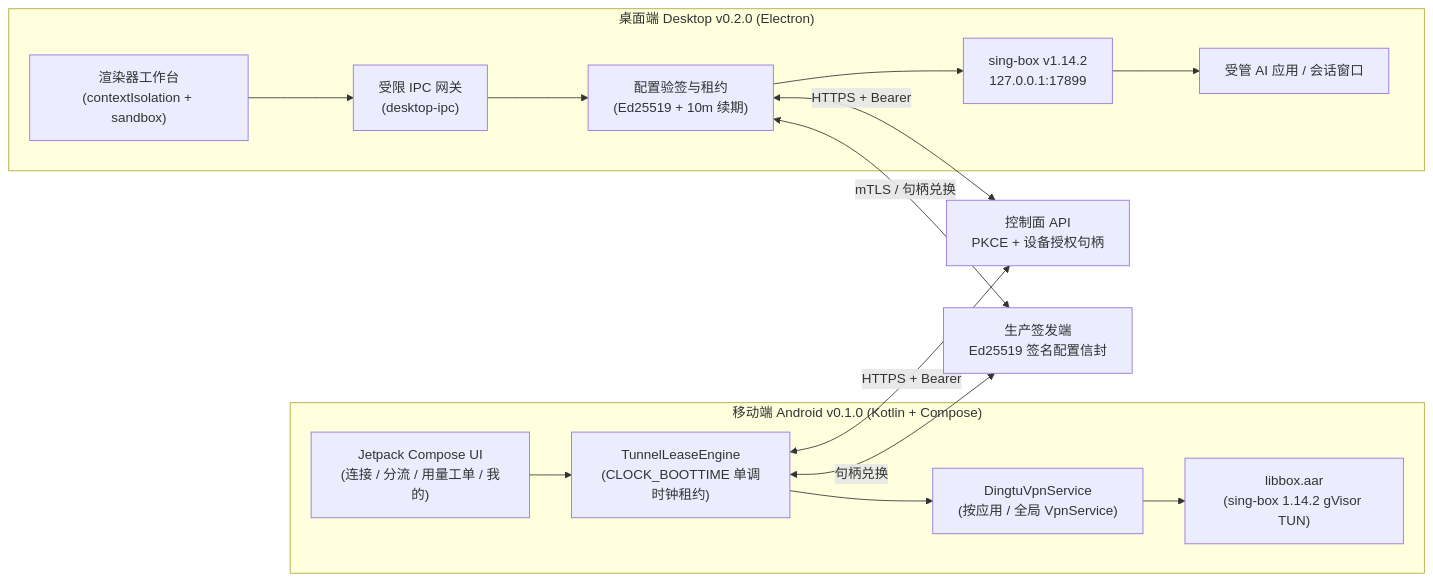
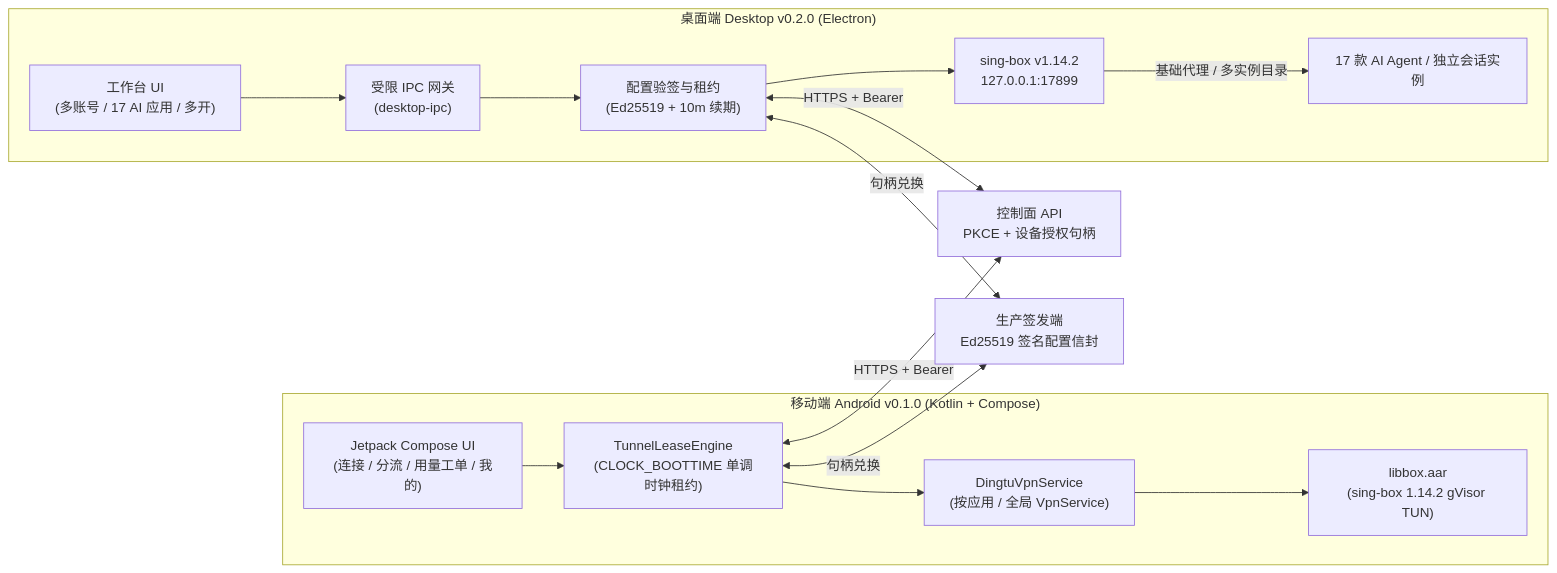
One commit to guowei-3399/dingtu-client changed the first of 2 diagrams in README.md. Above: the diagram before and after it, drawn with Mermaid. The commit also changed other lines of this file and 2 other files, not shown here.

````diff
--- a/README.md
+++ b/README.md
@@ -96,28 +167,28 @@
 ```mermaid
 flowchart LR
     subgraph Desktop["桌面端 Desktop v0.2.0 (Electron)"]
-        DUI["渲染器工作台<br/>(contextIsolation + sandbox)"]
+        DUI["工作台 UI<br/>(多账号 / 17 AI 应用 / 多开)"]
         DIPC["受限 IPC 网关<br/>(desktop-ipc)"]
         DPXY["配置验签与租约<br/>(Ed25519 + 10m 续期)"]
         DSB["sing-box v1.14.2<br/>127.0.0.1:17899"]
-        DAPP["受管 AI 应用 / 会话窗口"]
+        DAPP["17 款 AI Agent / 独立会话实例"]
         DUI --> DIPC --> DPXY --> DSB
-        DSB --> DAPP
+        DSB -->|"基础代理 / 多实例目录"| DAPP
     end
 
     subgraph Android["移动端 Android v0.1.0 (Kotlin + Compose)"]
         AUI["Jetpack Compose UI<br/>(连接 / 分流 / 用量工单 / 我的)"]
         ALE["TunnelLeaseEngine<br/>(CLOCK_BOOTTIME 单调时钟租约)"]
         AVPN["DingtuVpnService<br/>(按应用 / 全局 VpnService)"]
         ALIB["libbox.aar<br/>(sing-box 1.14.2 gVisor TUN)"]
         AUI --> ALE --> AVPN --> ALIB
     end
 
     CP["控制面 API<br/>PKCE + 设备授权句柄"]
     DP["生产签发端<br/>Ed25519 签名配置信封"]
 
     DPXY <-->|"HTTPS + Bearer"| CP
     ALE <-->|"HTTPS + Bearer"| CP
-    DPXY <-->|"mTLS / 句柄兑换"| DP
+    DPXY <-->|"句柄兑换"| DP
     ALE <-->|"句柄兑换"| DP
 ```
````
